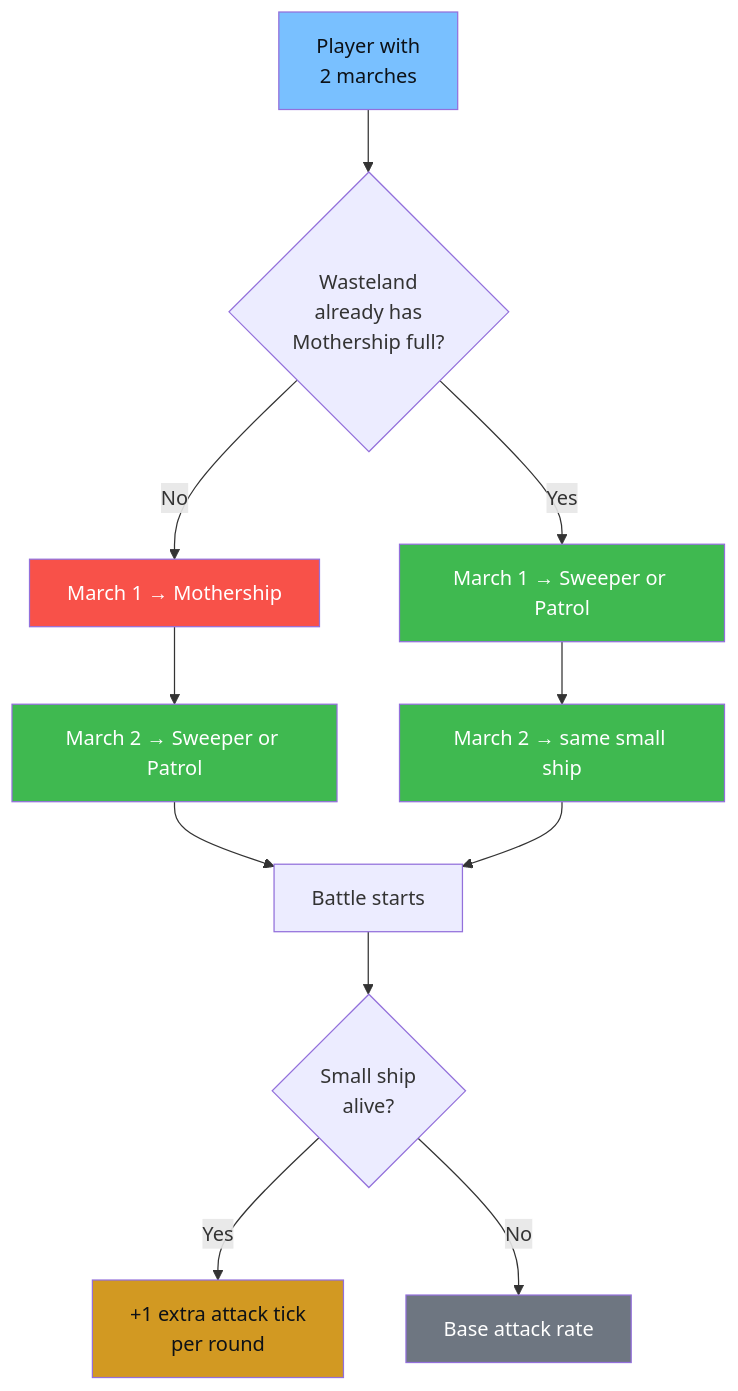
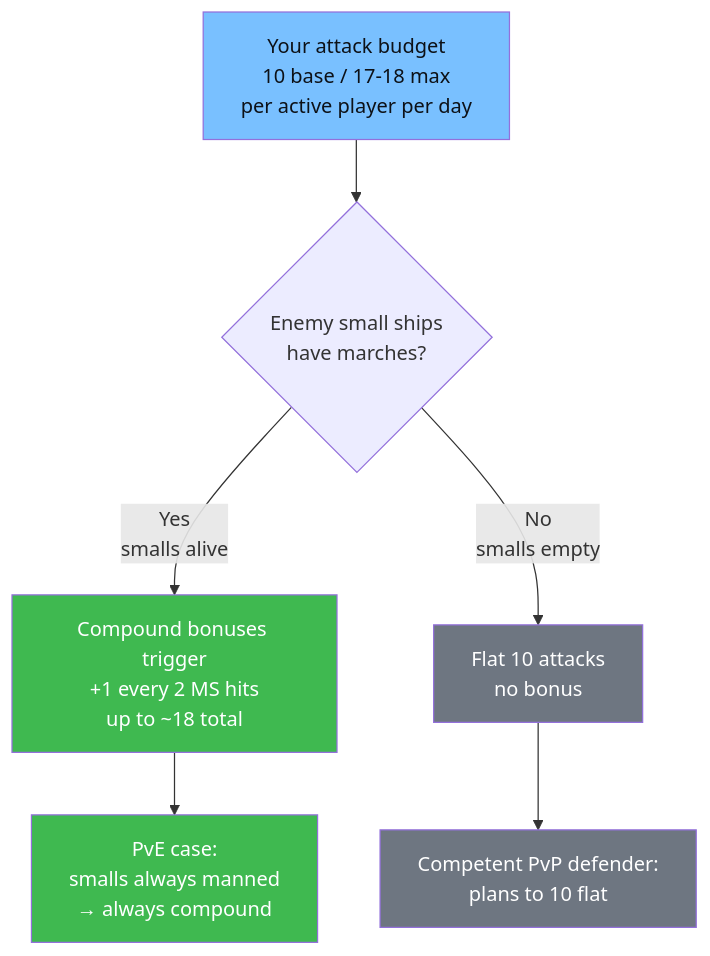
One commit to texnottexas/landing-page changed the third of 7 diagrams in data/seal-stone-chaos-event.md. Above: the diagram before and after it, drawn with Mermaid. The commit also changed other lines of this file and 1 other file, not shown here.

First line of the commit message:
Docs: corrected SSC ship mechanics + R6 distribution plan

````diff
--- a/data/seal-stone-chaos-event.md
+++ b/data/seal-stone-chaos-event.md
@@ -149,27 +162,17 @@
 ```mermaid
 flowchart TD
-    P[Player with<br/>2 marches] --> CH{Wasteland<br/>already has<br/>Mothership full?}
-    CH -->|No| M[March 1 → Mothership]
-    CH -->|Yes| S1[March 1 → Sweeper or Patrol]
-    M --> M2[March 2 → Sweeper or Patrol]
-    S1 --> S2[March 2 → same small ship]
+    A[Your attack budget<br/>10 base / 17-18 max<br/>per active player per day] --> B{Enemy small ships<br/>have marches?}
+    B -->|Yes<br/>smalls alive| C[Compound bonuses trigger<br/>+1 every 2 MS hits<br/>up to ~18 total]
+    B -->|No<br/>smalls empty| D[Flat 10 attacks<br/>no bonus]
+    C --> E[PvE case:<br/>smalls always manned<br/>→ always compound]
+    D --> F[Competent PvP defender:<br/>plans to 10 flat]
 
-    M2 --> R[Battle starts]
-    S2 --> R
+    classDef pool fill:#79c0ff,color:#0d1117
+    classDef yes fill:#3fb950,color:#fff
+    classDef no fill:#6e7681,color:#fff
+    classDef pve fill:#d29922,color:#0d1117
 
-    R --> A{Small ship<br/>alive?}
-    A -->|Yes| BONUS[+1 extra attack tick<br/>per round]
-    A -->|No| BASE[Base attack rate]
-
-    classDef pl fill:#79c0ff,color:#0d1117
-    classDef msh fill:#f85149,color:#fff
-    classDef sm fill:#3fb950,color:#fff
-    classDef bonus fill:#d29922,color:#0d1117
-    classDef base fill:#6e7681,color:#fff
-
-    class P pl
-    class M msh
-    class S1,S2,M2 sm
-    class BONUS bonus
-    class BASE base
+    class A pool
+    class C,E yes
+    class D,F no
 ```
````
